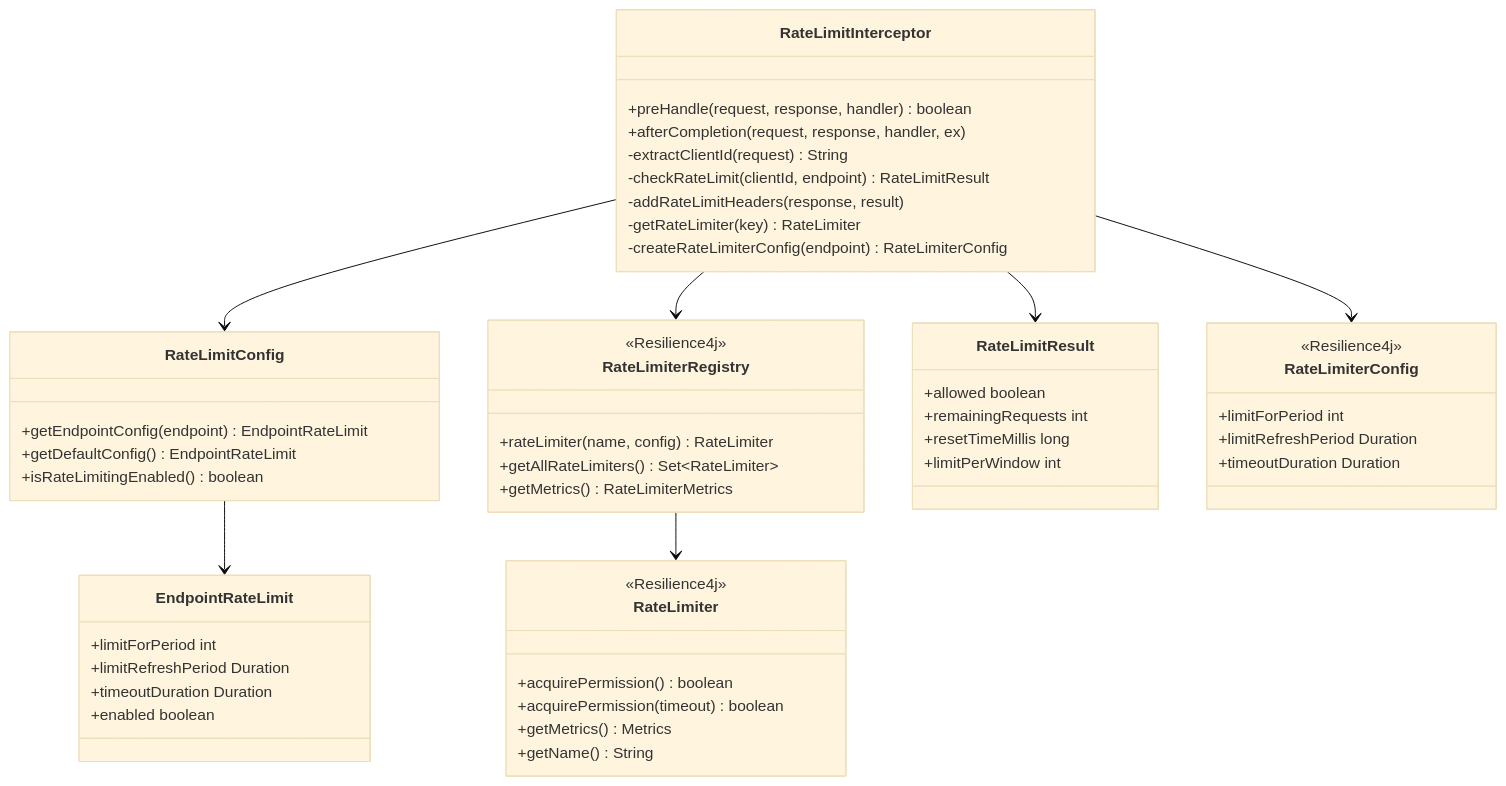
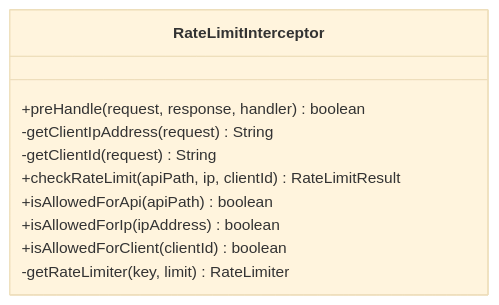
The third of 5 diagrams in .kiro/specs/api-rate-limiting/design.md (seanseannery/api-in-a-box), drawn with Mermaid (base theme) before and after one commit. The commit also changed other lines of this file and 16 other files, not shown here.

````diff
--- a/.kiro/specs/api-rate-limiting/design.md
+++ b/.kiro/specs/api-rate-limiting/design.md
@@ -62,61 +65,13 @@
 ```mermaid
 classDiagram
     class RateLimitInterceptor {
         +preHandle(request, response, handler) boolean
-        +afterCompletion(request, response, handler, ex)
-        -extractClientId(request) String
-        -checkRateLimit(clientId, endpoint) RateLimitResult
-        -addRateLimitHeaders(response, result)
-        -getRateLimiter(key) RateLimiter
-        -createRateLimiterConfig(endpoint) RateLimiterConfig
+        -getClientIpAddress(request) String
+        -getClientId(request) String
+        +checkRateLimit(apiPath, ip, clientId) RateLimitResult
+        +isAllowedForApi(apiPath) boolean
+        +isAllowedForIp(ipAddress) boolean
+        +isAllowedForClient(clientId) boolean
+        -getRateLimiter(key, limit) RateLimiter
     }
-    
-    class RateLimitConfig {
-        +getEndpointConfig(endpoint) EndpointRateLimit
-        +getDefaultConfig() EndpointRateLimit
-        +isRateLimitingEnabled() boolean
-    }
-    
-    class RateLimiterRegistry {
-        <<Resilience4j>>
-        +rateLimiter(name, config) RateLimiter
-        +getAllRateLimiters() Set~RateLimiter~
-        +getMetrics() RateLimiterMetrics
-    }
-    
-    class RateLimiter {
-        <<Resilience4j>>
-        +acquirePermission() boolean
-        +acquirePermission(timeout) boolean
-        +getMetrics() Metrics
-        +getName() String
-    }
-    
-    class RateLimitResult {
-        +allowed boolean
-        +remainingRequests int
-        +resetTimeMillis long
-        +limitPerWindow int
-    }
-    
-    class EndpointRateLimit {
-        +limitForPeriod int
-        +limitRefreshPeriod Duration
-        +timeoutDuration Duration
-        +enabled boolean
-    }
-    
-    class RateLimiterConfig {
-        <<Resilience4j>>
-        +limitForPeriod int
-        +limitRefreshPeriod Duration
-        +timeoutDuration Duration
-    }
-    
-    RateLimitInterceptor --> RateLimitConfig
-    RateLimitInterceptor --> RateLimiterRegistry
-    RateLimiterRegistry --> RateLimiter
-    RateLimitInterceptor --> RateLimitResult
-    RateLimitConfig --> EndpointRateLimit
-    RateLimitInterceptor --> RateLimiterConfig
 ```
````
